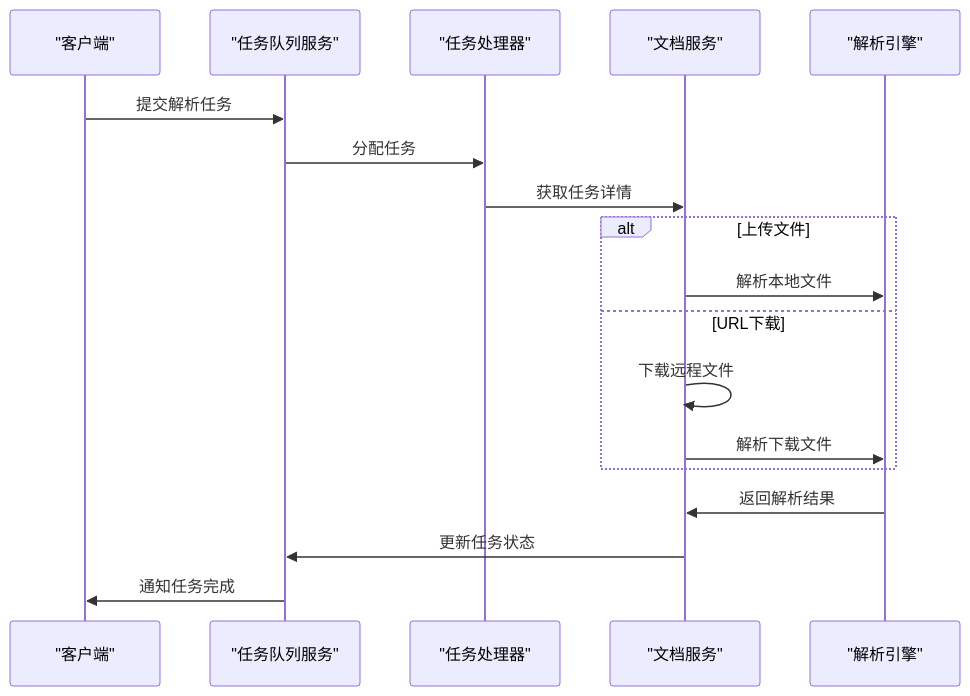
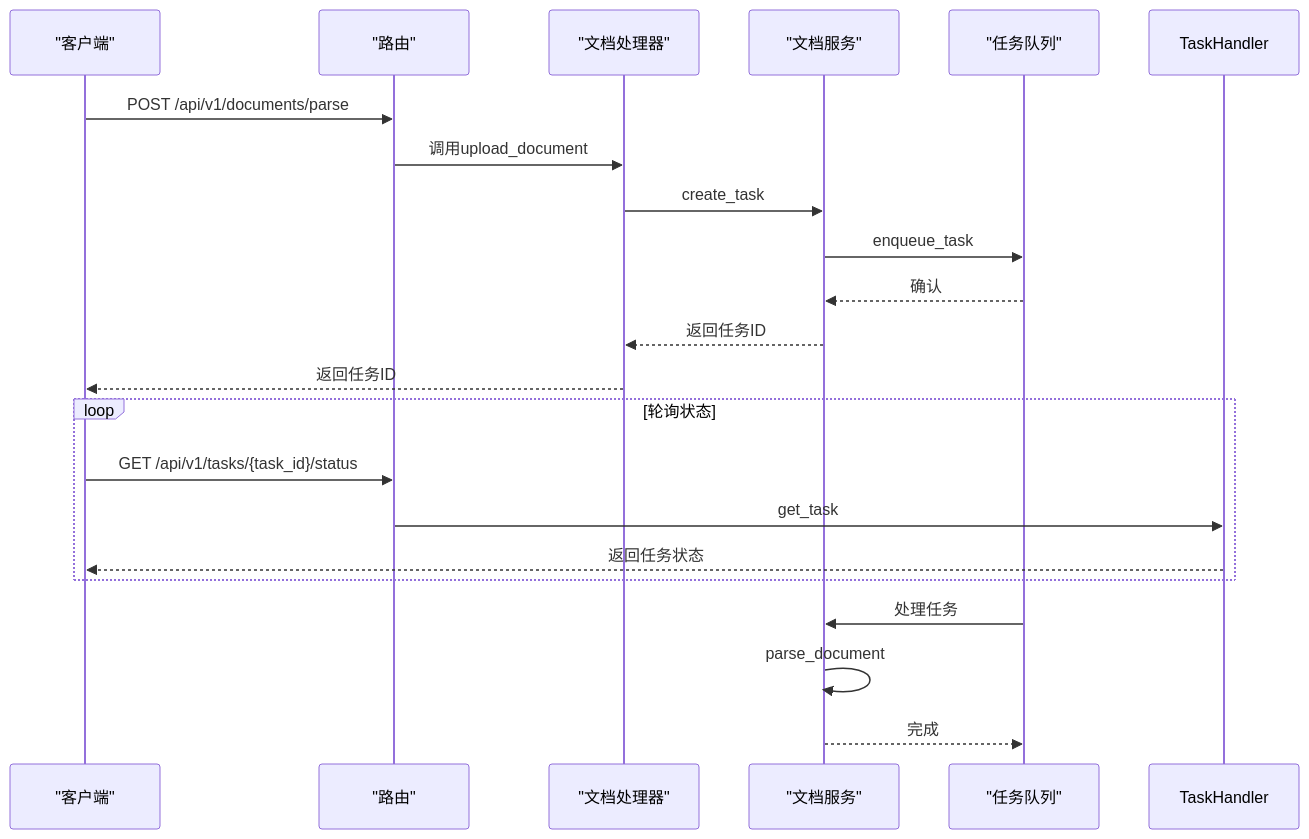
One commit to nuwax-ai/mcp-proxy changed the fourth of 6 diagrams in .qoder/repowiki/zh/content/文档解析服务/文档解析服务.md. Above: the diagram before and after it, drawn with Mermaid. The commit also changed other lines of this file and 147 other files, not shown here.

````diff
--- a/.qoder/repowiki/zh/content/文档解析服务/文档解析服务.md
+++ b/.qoder/repowiki/zh/content/文档解析服务/文档解析服务.md
@@ -93,20 +176,23 @@
 ```mermaid
 sequenceDiagram
 participant Client as "客户端"
-participant TaskQueue as "任务队列服务"
-participant TaskProcessor as "任务处理器"
+participant Router as "路由"
+participant DocumentHandler as "文档处理器"
 participant DocumentService as "文档服务"
-participant Parser as "解析引擎"
-Client->>TaskQueue : 提交解析任务
-TaskQueue->>TaskProcessor : 分配任务
-TaskProcessor->>DocumentService : 获取任务详情
-alt 上传文件
-DocumentService->>Parser : 解析本地文件
-else URL下载
-DocumentService->>DocumentService : 下载远程文件
-DocumentService->>Parser : 解析下载文件
+participant TaskQueue as "任务队列"
+Client->>Router : POST /api/v1/documents/parse
+Router->>DocumentHandler : 调用upload_document
+DocumentHandler->>DocumentService : create_task
+DocumentService->>TaskQueue : enqueue_task
+TaskQueue-->>DocumentService : 确认
+DocumentService-->>DocumentHandler : 返回任务ID
+DocumentHandler-->>Client : 返回任务ID
+loop 轮询状态
+Client->>Router : GET /api/v1/tasks/{task_id}/status
+Router->>TaskHandler : get_task
+TaskHandler-->>Client : 返回任务状态
 end
-Parser->>DocumentService : 返回解析结果
-DocumentService->>TaskQueue : 更新任务状态
-TaskQueue->>Client : 通知任务完成
+TaskQueue->>DocumentService : 处理任务
+DocumentService->>DocumentService : parse_document
+DocumentService-->>TaskQueue : 完成
 ```
````
